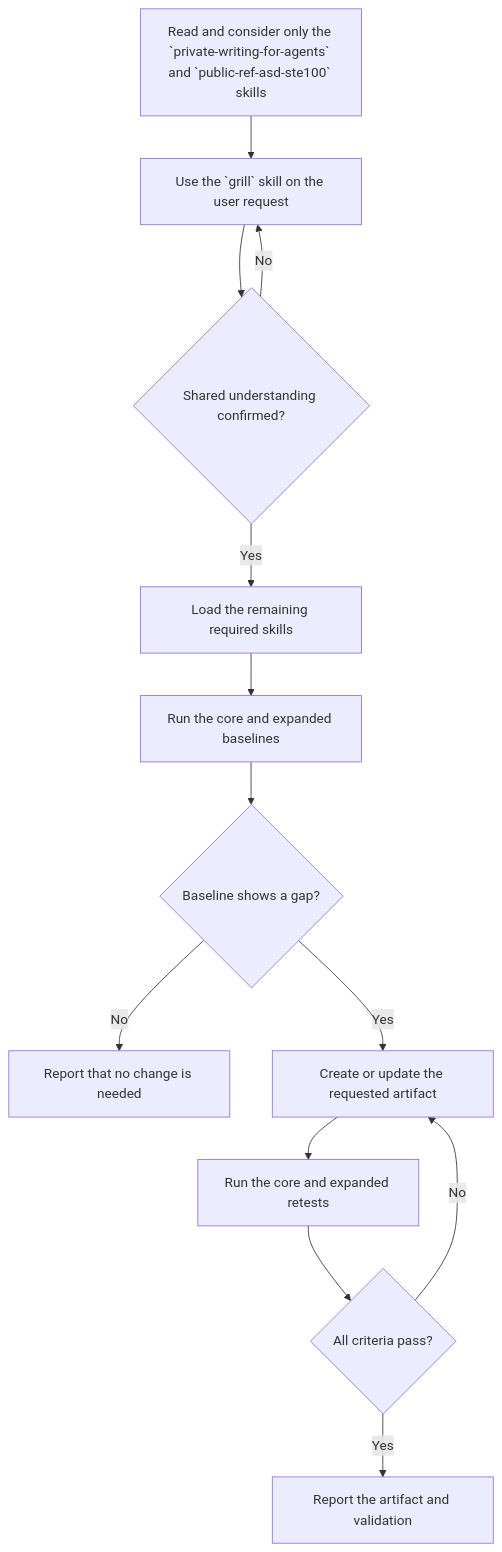
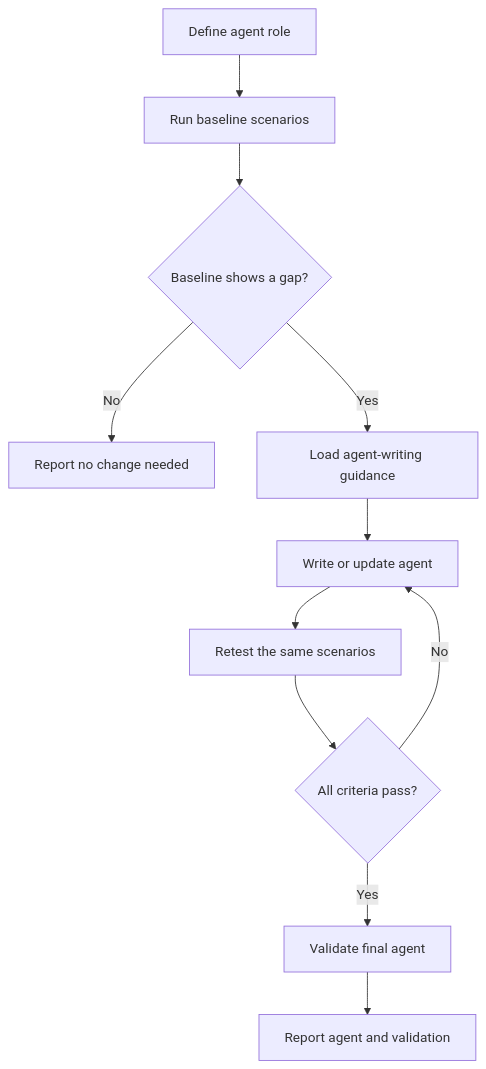
Before and after one commit to UseTheFork/spindle: the diagram in .github/skills/author-agent/SKILL.md, drawn with Mermaid. The commit also changed other lines of this file and 21 other files, not shown here.

````diff
--- a/.github/skills/author-agent/SKILL.md
+++ b/.github/skills/author-agent/SKILL.md
@@ -16,16 +26,13 @@
 ```mermaid
 flowchart TD
-    A["Read and consider only the `private-writing-for-agents` and `public-ref-asd-ste100` skills"]
-    A --> B["Use the `grill` skill on the user request"]
-    B --> C{"Shared understanding confirmed?"}
-    C -- "No" --> B
-    C -- "Yes" --> D["Load the remaining required skills"]
-    D --> E["Run the core and expanded baselines"]
-    E --> F{"Baseline shows a gap?"}
-    F -- "No" --> J["Report that no change is needed"]
-    F -- "Yes" --> G["Create or update the requested artifact"]
-    G --> H["Run the core and expanded retests"]
-    H --> I{"All criteria pass?"}
-    I -- "No" --> G
-    I -- "Yes" --> K["Report the artifact and validation"]
+    A[Define agent role] --> B[Run baseline scenarios]
+    B --> C{Baseline shows a gap?}
+    C -- No --> H[Report no change needed]
+    C -- Yes --> D[Load agent-writing guidance]
+    D --> E[Write or update agent]
+    E --> F[Retest the same scenarios]
+    F --> G{All criteria pass?}
+    G -- No --> E
+    G -- Yes --> I[Validate final agent]
+    I --> J[Report agent and validation]
 ```
````
